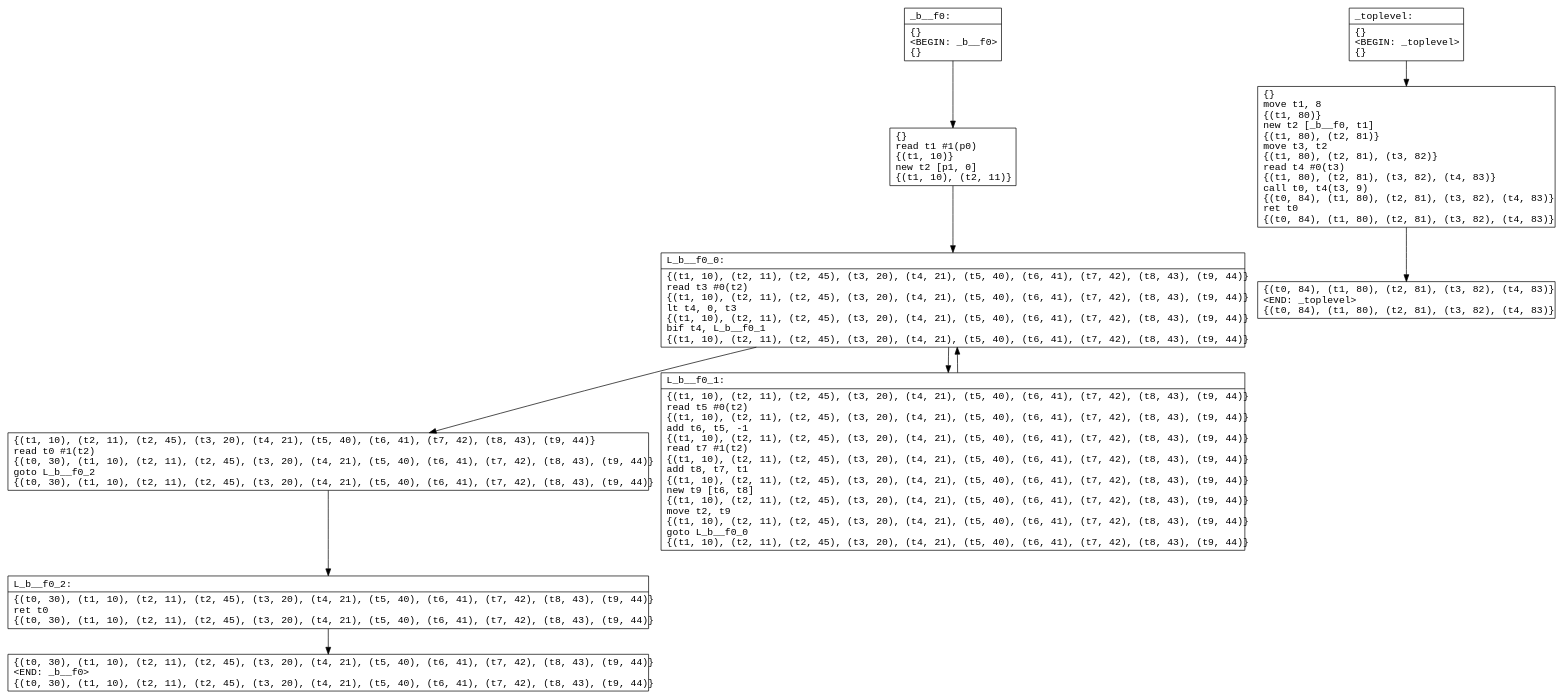
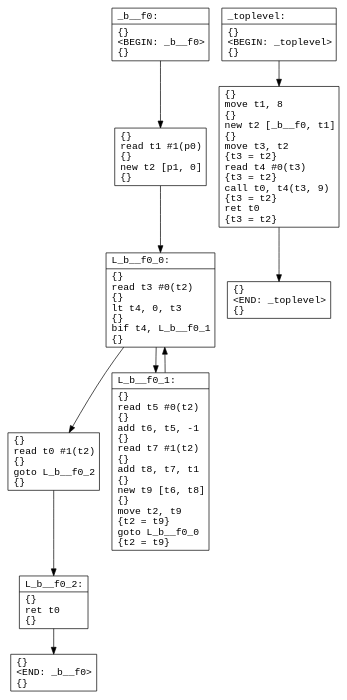
One commit to ore-puzzle/le4com changed the diagram in code/cfg_tmp.dot. Above: the diagram before and after it, drawn with Graphviz. The commit also changed 63 other files, not shown here.

```diff
--- a/code/cfg_tmp.dot
+++ b/code/cfg_tmp.dot
@@ -1,25 +1,25 @@
 digraph CFG {
   node [shape=record fontname="courier"]
   _b__f00 [label="{_b__f0:\l|\{\}\l\<BEGIN: _b__f0\>\l\{\}\l}"];
-  _b__f01 [label="{\{\}\lread  t1 #1(p0)\l\{(t1, 10)\}\lnew  t2 [p1, 0]\l\{(t1, 10), (t2, 11)\}\l}"];
-  _b__f02 [label="{L_b__f0_0:\l|\{(t1, 10), (t2, 11), (t2, 45), (t3, 20), (t4, 21), (t5, 40), (t6, 41), (t7, 42), (t8, 43), (t9, 44)\}\lread  t3 #0(t2)\l\{(t1, 10), (t2, 11), (t2, 45), (t3, 20), (t4, 21), (t5, 40), (t6, 41), (t7, 42), (t8, 43), (t9, 44)\}\llt  t4, 0, t3\l\{(t1, 10), (t2, 11), (t2, 45), (t3, 20), (t4, 21), (t5, 40), (t6, 41), (t7, 42), (t8, 43), (t9, 44)\}\lbif  t4, L_b__f0_1\l\{(t1, 10), (t2, 11), (t2, 45), (t3, 20), (t4, 21), (t5, 40), (t6, 41), (t7, 42), (t8, 43), (t9, 44)\}\l}"];
-  _b__f03 [label="{\{(t1, 10), (t2, 11), (t2, 45), (t3, 20), (t4, 21), (t5, 40), (t6, 41), (t7, 42), (t8, 43), (t9, 44)\}\lread  t0 #1(t2)\l\{(t0, 30), (t1, 10), (t2, 11), (t2, 45), (t3, 20), (t4, 21), (t5, 40), (t6, 41), (t7, 42), (t8, 43), (t9, 44)\}\lgoto  L_b__f0_2\l\{(t0, 30), (t1, 10), (t2, 11), (t2, 45), (t3, 20), (t4, 21), (t5, 40), (t6, 41), (t7, 42), (t8, 43), (t9, 44)\}\l}"];
-  _b__f04 [label="{L_b__f0_1:\l|\{(t1, 10), (t2, 11), (t2, 45), (t3, 20), (t4, 21), (t5, 40), (t6, 41), (t7, 42), (t8, 43), (t9, 44)\}\lread  t5 #0(t2)\l\{(t1, 10), (t2, 11), (t2, 45), (t3, 20), (t4, 21), (t5, 40), (t6, 41), (t7, 42), (t8, 43), (t9, 44)\}\ladd  t6, t5, -1\l\{(t1, 10), (t2, 11), (t2, 45), (t3, 20), (t4, 21), (t5, 40), (t6, 41), (t7, 42), (t8, 43), (t9, 44)\}\lread  t7 #1(t2)\l\{(t1, 10), (t2, 11), (t2, 45), (t3, 20), (t4, 21), (t5, 40), (t6, 41), (t7, 42), (t8, 43), (t9, 44)\}\ladd  t8, t7, t1\l\{(t1, 10), (t2, 11), (t2, 45), (t3, 20), (t4, 21), (t5, 40), (t6, 41), (t7, 42), (t8, 43), (t9, 44)\}\lnew  t9 [t6, t8]\l\{(t1, 10), (t2, 11), (t2, 45), (t3, 20), (t4, 21), (t5, 40), (t6, 41), (t7, 42), (t8, 43), (t9, 44)\}\lmove  t2, t9\l\{(t1, 10), (t2, 11), (t2, 45), (t3, 20), (t4, 21), (t5, 40), (t6, 41), (t7, 42), (t8, 43), (t9, 44)\}\lgoto  L_b__f0_0\l\{(t1, 10), (t2, 11), (t2, 45), (t3, 20), (t4, 21), (t5, 40), (t6, 41), (t7, 42), (t8, 43), (t9, 44)\}\l}"];
-  _b__f05 [label="{L_b__f0_2:\l|\{(t0, 30), (t1, 10), (t2, 11), (t2, 45), (t3, 20), (t4, 21), (t5, 40), (t6, 41), (t7, 42), (t8, 43), (t9, 44)\}\lret  t0\l\{(t0, 30), (t1, 10), (t2, 11), (t2, 45), (t3, 20), (t4, 21), (t5, 40), (t6, 41), (t7, 42), (t8, 43), (t9, 44)\}\l}"];
-  _b__f06 [label="{\{(t0, 30), (t1, 10), (t2, 11), (t2, 45), (t3, 20), (t4, 21), (t5, 40), (t6, 41), (t7, 42), (t8, 43), (t9, 44)\}\l\<END: _b__f0\>\l\{(t0, 30), (t1, 10), (t2, 11), (t2, 45), (t3, 20), (t4, 21), (t5, 40), (t6, 41), (t7, 42), (t8, 43), (t9, 44)\}\l}"];
+  _b__f01 [label="{\{\}\lread  t1 #1(p0)\l\{\}\lnew  t2 [p1, 0]\l\{\}\l}"];
+  _b__f02 [label="{L_b__f0_0:\l|\{\}\lread  t3 #0(t2)\l\{\}\llt  t4, 0, t3\l\{\}\lbif  t4, L_b__f0_1\l\{\}\l}"];
+  _b__f03 [label="{\{\}\lread  t0 #1(t2)\l\{\}\lgoto  L_b__f0_2\l\{\}\l}"];
+  _b__f04 [label="{L_b__f0_1:\l|\{\}\lread  t5 #0(t2)\l\{\}\ladd  t6, t5, -1\l\{\}\lread  t7 #1(t2)\l\{\}\ladd  t8, t7, t1\l\{\}\lnew  t9 [t6, t8]\l\{\}\lmove  t2, t9\l\{t2 = t9\}\lgoto  L_b__f0_0\l\{t2 = t9\}\l}"];
+  _b__f05 [label="{L_b__f0_2:\l|\{\}\lret  t0\l\{\}\l}"];
+  _b__f06 [label="{\{\}\l\<END: _b__f0\>\l\{\}\l}"];
 
   _b__f00 -> _b__f01
   _b__f01 -> _b__f02
   _b__f02 -> _b__f04
   _b__f02 -> _b__f03
   _b__f03 -> _b__f05
   _b__f04 -> _b__f02
   _b__f05 -> _b__f06
   
   _toplevel0 [label="{_toplevel:\l|\{\}\l\<BEGIN: _toplevel\>\l\{\}\l}"];
-  _toplevel1 [label="{\{\}\lmove  t1, 8\l\{(t1, 80)\}\lnew  t2 [_b__f0, t1]\l\{(t1, 80), (t2, 81)\}\lmove  t3, t2\l\{(t1, 80), (t2, 81), (t3, 82)\}\lread  t4 #0(t3)\l\{(t1, 80), (t2, 81), (t3, 82), (t4, 83)\}\lcall  t0, t4(t3, 9)\l\{(t0, 84), (t1, 80), (t2, 81), (t3, 82), (t4, 83)\}\lret  t0\l\{(t0, 84), (t1, 80), (t2, 81), (t3, 82), (t4, 83)\}\l}"];
-  _toplevel2 [label="{\{(t0, 84), (t1, 80), (t2, 81), (t3, 82), (t4, 83)\}\l\<END: _toplevel\>\l\{(t0, 84), (t1, 80), (t2, 81), (t3, 82), (t4, 83)\}\l}"];
+  _toplevel1 [label="{\{\}\lmove  t1, 8\l\{\}\lnew  t2 [_b__f0, t1]\l\{\}\lmove  t3, t2\l\{t3 = t2\}\lread  t4 #0(t3)\l\{t3 = t2\}\lcall  t0, t4(t3, 9)\l\{t3 = t2\}\lret  t0\l\{t3 = t2\}\l}"];
+  _toplevel2 [label="{\{\}\l\<END: _toplevel\>\l\{\}\l}"];
 
   _toplevel0 -> _toplevel1
   _toplevel1 -> _toplevel2
   }
```
